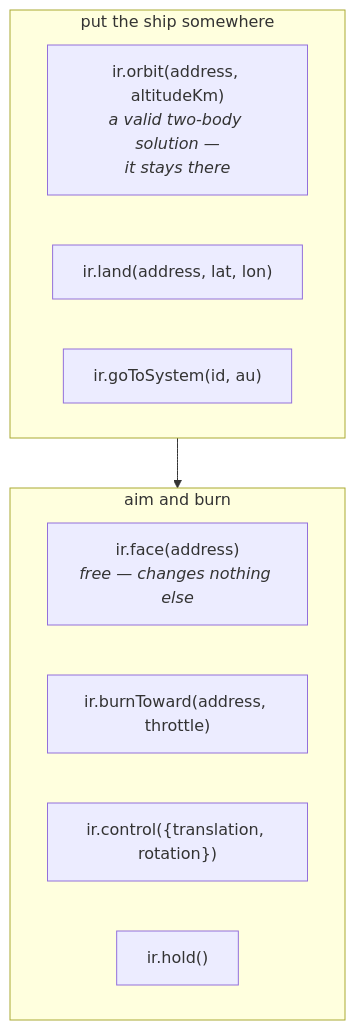
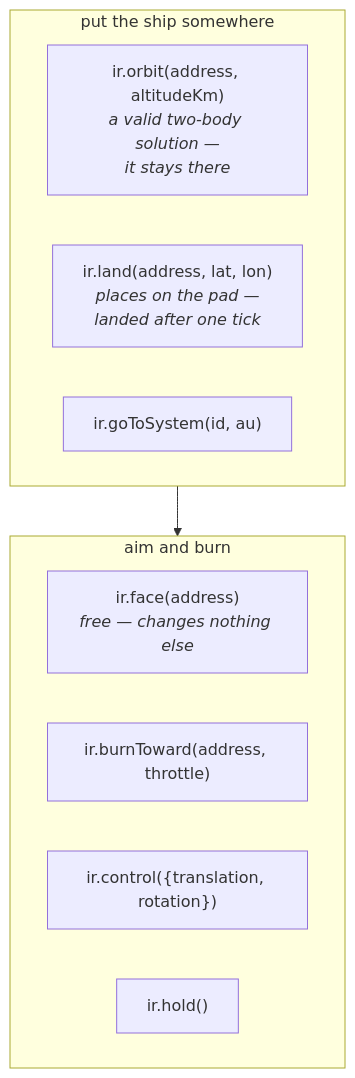
One commit to jonjaques/inertialref changed the second of 3 diagrams in docs/guides/harness.md. Above: the diagram before and after it, drawn with Mermaid. The commit also changed other lines of this file and 24 other files, not shown here.

````diff
--- a/docs/guides/harness.md
+++ b/docs/guides/harness.md
@@ -72,15 +73,15 @@
 ```mermaid
 flowchart TB
     subgraph POS["put the ship somewhere"]
         O["ir.orbit(address, altitudeKm)<br/><i>a valid two-body solution —<br/>it stays there</i>"]
-        L["ir.land(address, lat, lon)"]
+        L["ir.land(address, lat, lon)<br/><i>places on the pad —<br/>landed after one tick</i>"]
         G["ir.goToSystem(id, au)"]
     end
     subgraph AIM["aim and burn"]
         F["ir.face(address)<br/><i>free — changes nothing else</i>"]
         BT["ir.burnToward(address, throttle)"]
         C["ir.control({translation, rotation})"]
         HOLD["ir.hold()"]
     end
     POS --> AIM
 ```
````
